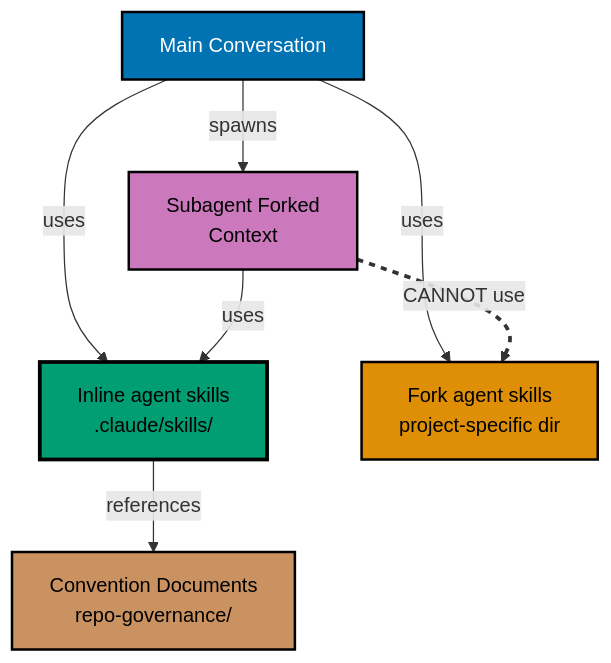
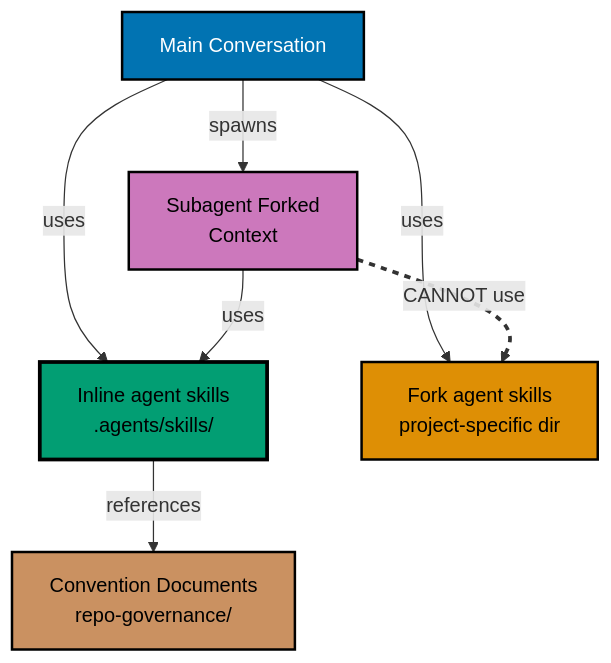
The diagram in repo-governance/development/agents/skill-context-architecture/architecture-diagram.md (wahidyankf/ose-public), drawn with Mermaid before and after one commit. The commit also changed 1105 other files, not shown here.

````diff
--- a/repo-governance/development/agents/skill-context-architecture/architecture-diagram.md
+++ b/repo-governance/development/agents/skill-context-architecture/architecture-diagram.md
@@ -8,24 +8,24 @@
 ```mermaid
 graph TD
     accTitle: Architecture Diagram
-    accDescr: Main Conversation leads to Subagent Forked Context via spawns; Main Conversation leads to Inline agent skills.claude/skills/ via uses; Main Conversation leads to Fork agent skills project-specific dir via uses; and 3 more links.
+    accDescr: Main Conversation leads to Subagent Forked Context via spawns; Main Conversation leads to Inline agent skills.agents/skills/ via uses; Main Conversation leads to Fork agent skills project-specific dir via uses; and 3 more links.
     MC[Main Conversation] -->|spawns| SA[Subagent Forked<br/>Context]
-    MC -->|uses| IS[Inline agent skills<br/>.claude/skills/]
+    MC -->|uses| IS[Inline agent skills<br/>.agents/skills/]
     MC -->|uses| FS[Fork agent skills<br/>project-specific dir]
     SA -->|uses| IS
     SA -->|CANNOT use| FS
     IS -->|references| CONV[Convention Documents<br/>repo-governance/]
 
     classDef blue fill:#0173B2,stroke:#000000,color:#FFFFFF,stroke-width:2px
     classDef purple fill:#CC78BC,stroke:#000000,color:#000000,stroke-width:2px
     classDef teal fill:#029E73,stroke:#000000,color:#000000,stroke-width:3px
     classDef orange fill:#DE8F05,stroke:#000000,color:#000000,stroke-width:2px
     classDef brown fill:#CA9161,stroke:#000000,color:#000000,stroke-width:2px
     class MC blue
     class SA purple
     class IS teal
     class FS orange
     class CONV brown
 
     linkStyle 4 stroke-width:3px,stroke-dasharray:5
 ```
````
